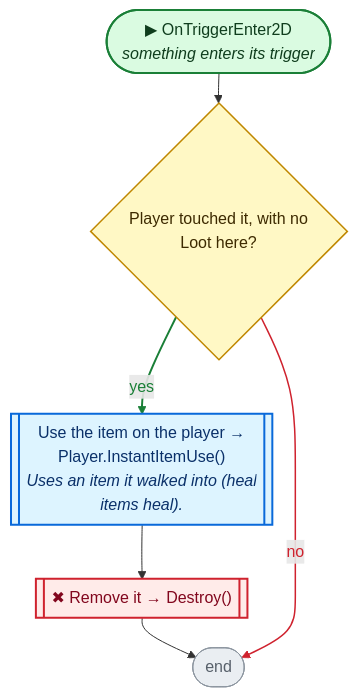
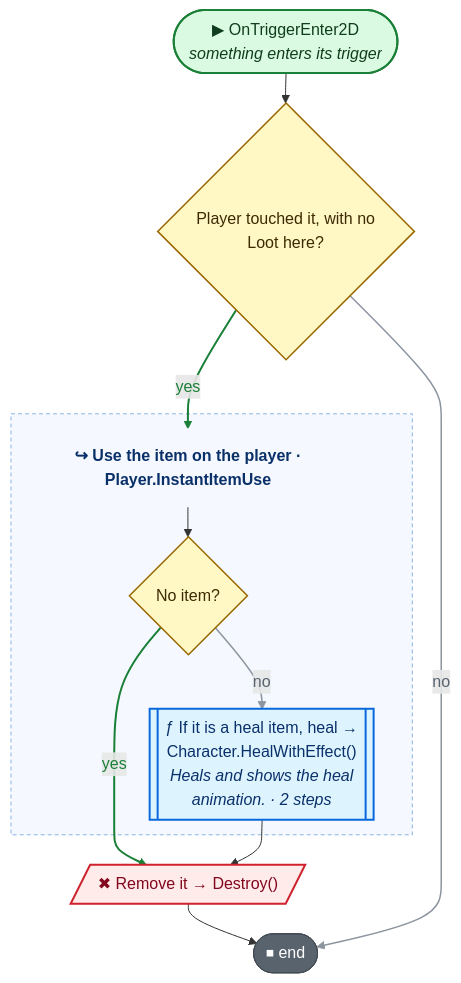
Before and after one commit to nataiai/Lord-of-the-Dungeon: the second of 2 diagrams in CodeGraph~/graph/Map/InstantItemOnFloor.cs.md, drawn with Mermaid. The commit also changed other lines of this file and 57 other files, not shown here.

````diff
--- a/CodeGraph~/graph/Map/InstantItemOnFloor.cs.md
+++ b/CodeGraph~/graph/Map/InstantItemOnFloor.cs.md
@@ -44,41 +46,55 @@
 ```mermaid
 ---
 config:
   flowchart:
     wrappingWidth: 260
     nodeSpacing: 26
     rankSpacing: 30
 ---
 flowchart TD
   nS(["▶ OnTriggerEnter2D<br><i>something enters its trigger</i>"])
   n6c7ca3{"Player touched it, with no<br>Loot here?"}
-  nc0ad2a[["Use the item on the player →<br>Player.InstantItemUse()<br><i>Uses an item it walked into (heal</i><br><i>items heal).</i>"]]
-  nbee12d[["✖ Remove it → Destroy()"]]
-  nE(["end"])
+  nc0ad2a_h["↪ Use the item on the player ·<br>Player.InstantItemUse"]
+  nc0ad2a_n4f24dc{"No item?"}
+  nc0ad2a_n356f82[["ƒ If it is a heal item, heal →<br>Character.HealWithEffect()<br><i>Heals and shows the heal</i><br><i>animation. · 2 steps</i>"]]
+  nbee12d[/"✖ Remove it → Destroy()"/]
+  nE(["⏹ end"])
+  subgraph nc0ad2a_g[" "]
+    nc0ad2a_h
+    nc0ad2a_n4f24dc
+    nc0ad2a_n356f82
+  end
+  style nc0ad2a_g fill:#f5f9ff,stroke:#8cb4e8,stroke-dasharray:4 3,color:#0a3069
   nS --> n6c7ca3
-  n6c7ca3 -->|yes| nc0ad2a
-  nc0ad2a --> nbee12d
+  n6c7ca3 -->|yes| nc0ad2a_h
   nbee12d --> nE
   n6c7ca3 -->|no| nE
+  nc0ad2a_h --> nc0ad2a_n4f24dc
+  nc0ad2a_n4f24dc -->|no| nc0ad2a_n356f82
+  nc0ad2a_n4f24dc -->|yes| nbee12d
+  nc0ad2a_n356f82 --> nbee12d
   linkStyle 1 stroke:#1a7f37,stroke-width:2px,color:#1a7f37
-  linkStyle 4 stroke:#cf222e,stroke-width:1.5px,color:#cf222e
+  linkStyle 3 stroke:#8c959f,stroke-width:1.5px,color:#59636e
+  linkStyle 5 stroke:#8c959f,stroke-width:1.5px,color:#59636e
+  linkStyle 6 stroke:#1a7f37,stroke-width:2px,color:#1a7f37
   classDef unity fill:#dafbe1,stroke:#1a7f37,stroke-width:2px,color:#0f3d1d
   classDef start fill:#dafbe1,stroke:#1a7f37,stroke-width:2px,color:#0f3d1d
-  classDef calc fill:#ffffff,stroke:#d0d7de,color:#57606a
+  classDef calc fill:#f6f8fa,stroke:#d1d9e0,color:#59636e
   classDef calls fill:#ddf4ff,stroke:#0969da,stroke-width:2px,color:#0a3069
-  classDef ext fill:#ddf4ff,stroke:#0969da,stroke-width:2px,stroke-dasharray:5 3,color:#0a3069
-  classDef cond fill:#fff8c5,stroke:#bf8700,stroke-width:1.5px,color:#3d2a00
-  classDef loop fill:#f6f8fa,stroke:#57606a,color:#1f2328
-  classDef exit fill:#ffebe9,stroke:#cf222e,color:#82071e
+  classDef ext fill:#f6f8fa,stroke:#59636e,stroke-width:1.5px,stroke-dasharray:5 5,color:#1f2328
+  classDef cond fill:#fff8c5,stroke:#9a6700,stroke-width:1.5px,color:#3d2a00
+  classDef loop fill:#fff8c5,stroke:#9a6700,color:#3d2a00
+  classDef wait fill:#fff8c5,stroke:#9a6700,color:#3d2a00
+  classDef exit fill:#59636e,stroke:#424a53,color:#ffffff
+  classDef fin fill:#59636e,stroke:#424a53,color:#ffffff
+  classDef act fill:#ffffff,stroke:#59636e,stroke-width:1.5px,color:#1f2328
   classDef kill fill:#ffebe9,stroke:#cf222e,stroke-width:2px,color:#82071e
-  classDef spawn fill:#dafbe1,stroke:#1a7f37,stroke-width:2px,color:#0f3d1d
-  classDef wait fill:#fff1e5,stroke:#bc4c00,color:#4d1d00
-  classDef fin fill:#eaeef2,stroke:#8c959f,color:#57606a
   classDef join fill:#d0d7de,stroke:#8c959f,color:#57606a
   classDef ghdr fill:#f5f9ff,stroke:#f5f9ff,color:#0a3069,font-weight:bold
-  class nc0ad2a calls
-  class n6c7ca3 cond
+  class nc0ad2a_n356f82 calls
+  class n6c7ca3,nc0ad2a_n4f24dc cond
   class nE fin
+  class nc0ad2a_h ghdr
   class nbee12d kill
   class nS unity
 ```
````
